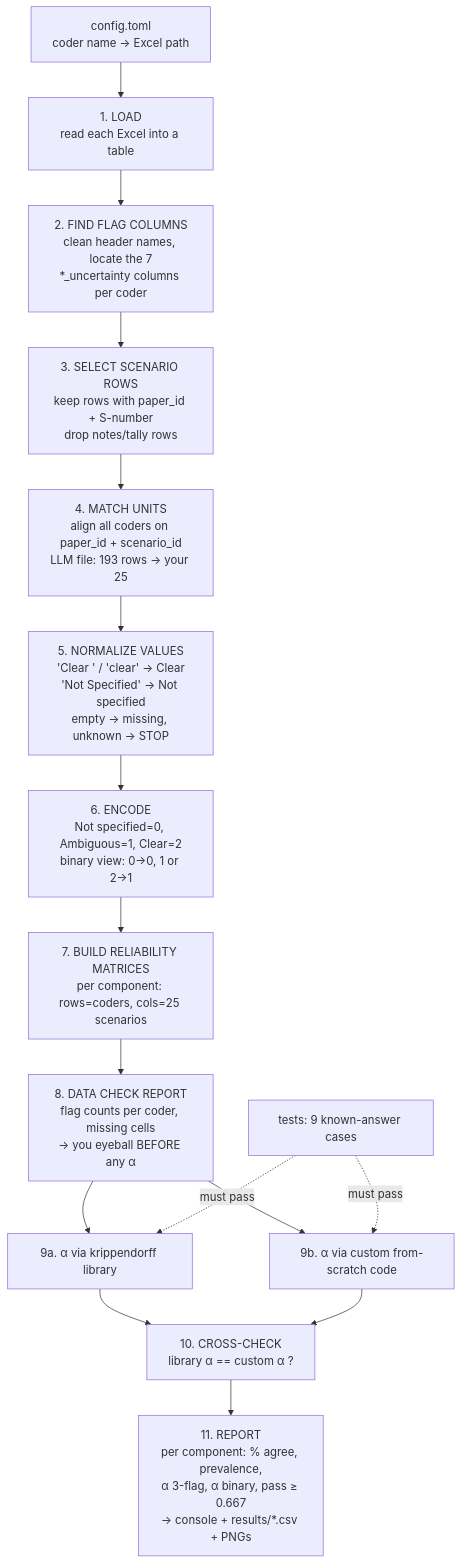
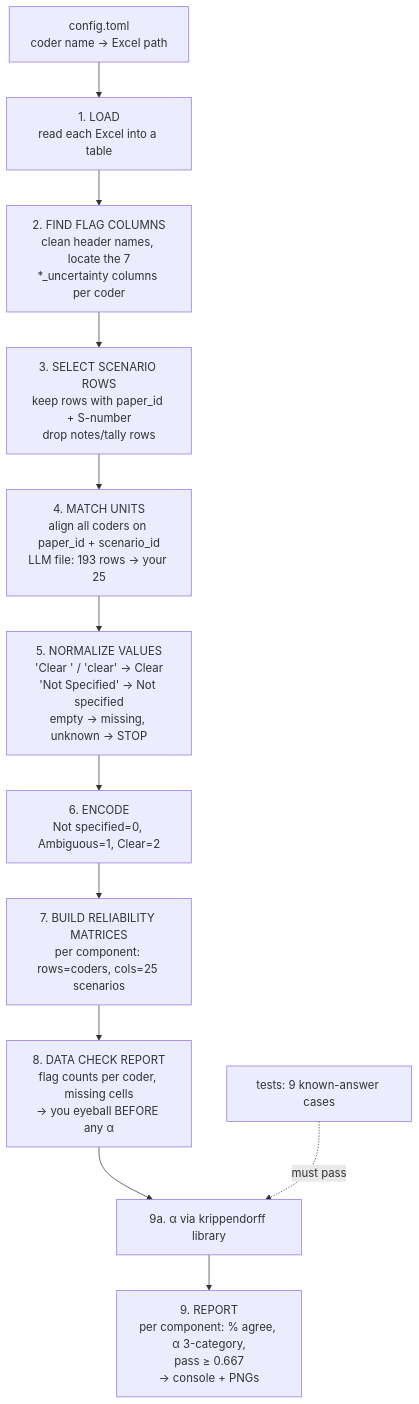
Before and after one commit to AI-Loc-Research/krippendorff-alpha: the diagram in README.md, drawn with Mermaid. The commit also changed other lines of this file and 36 other files, not shown here.

````diff
--- a/README.md
+++ b/README.md
@@ -124,18 +123,14 @@
 ```mermaid
 flowchart TD
     A[config.toml<br/>coder name → Excel path] --> B[1. LOAD<br/>read each Excel into a table]
     B --> C[2. FIND FLAG COLUMNS<br/>clean header names, locate the 7<br/>*_uncertainty columns per coder]
     C --> D[3. SELECT SCENARIO ROWS<br/>keep rows with paper_id + S-number<br/>drop notes/tally rows]
     D --> E[4. MATCH UNITS<br/>align all coders on paper_id + scenario_id<br/>LLM file: 193 rows → your 25]
     E --> F[5. NORMALIZE VALUES<br/>'Clear ' / 'clear' → Clear<br/>'Not Specified' → Not specified<br/>empty → missing, unknown → STOP]
-    F --> G[6. ENCODE<br/>Not specified=0, Ambiguous=1, Clear=2<br/>binary view: 0→0, 1 or 2→1]
+    F --> G[6. ENCODE<br/>Not specified=0, Ambiguous=1, Clear=2]
     G --> H[7. BUILD RELIABILITY MATRICES<br/>per component: rows=coders, cols=25 scenarios]
     H --> I[8. DATA CHECK REPORT<br/>flag counts per coder, missing cells<br/>→ you eyeball BEFORE any α]
     I --> J1[9a. α via krippendorff library]
-    I --> J2[9b. α via custom from-scratch code]
-    J1 --> K[10. CROSS-CHECK<br/>library α == custom α ?]
-    J2 --> K
-    K --> L[11. REPORT<br/>per component: % agree, prevalence,<br/>α 3-flag, α binary, pass ≥ 0.667<br/>→ console + results/*.csv + PNGs]
+    J1 --> K[9. REPORT<br/>per component: % agree, α 3-category,<br/>pass ≥ 0.667<br/>→ console + PNGs]
     T[tests: 9 known-answer cases] -.must pass.-> J1
-    T -.must pass.-> J2
 ```
````
